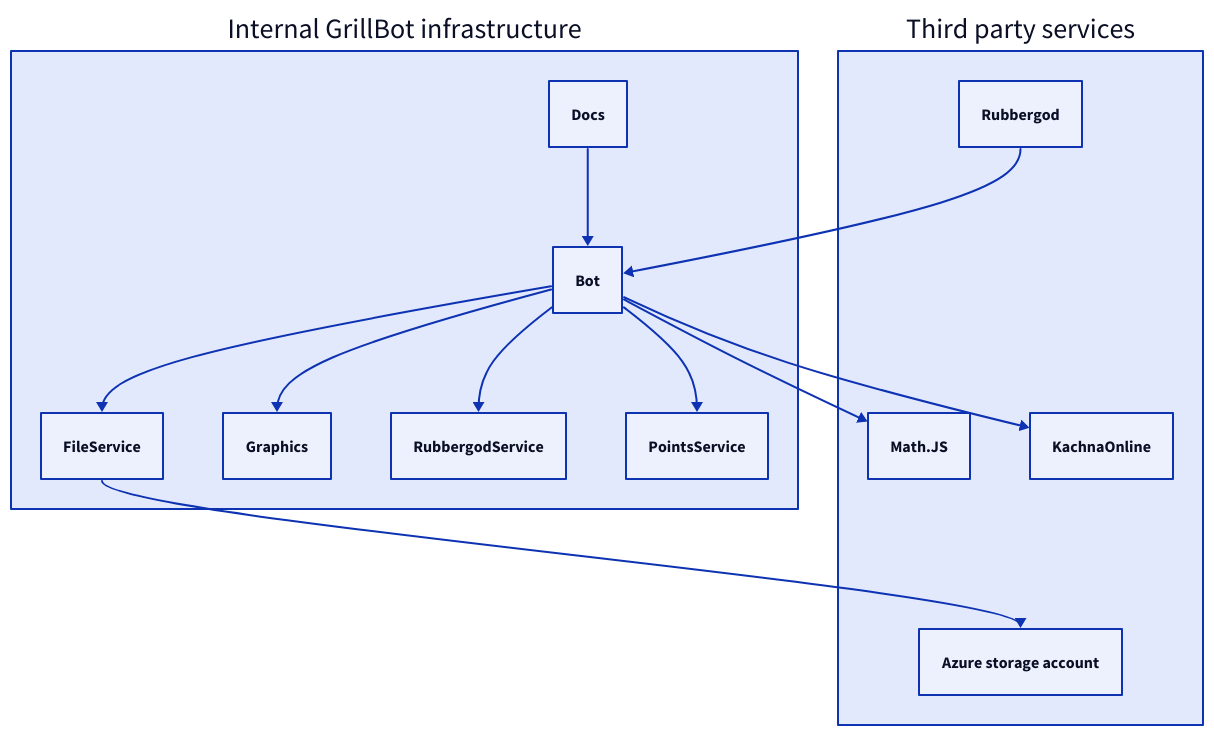
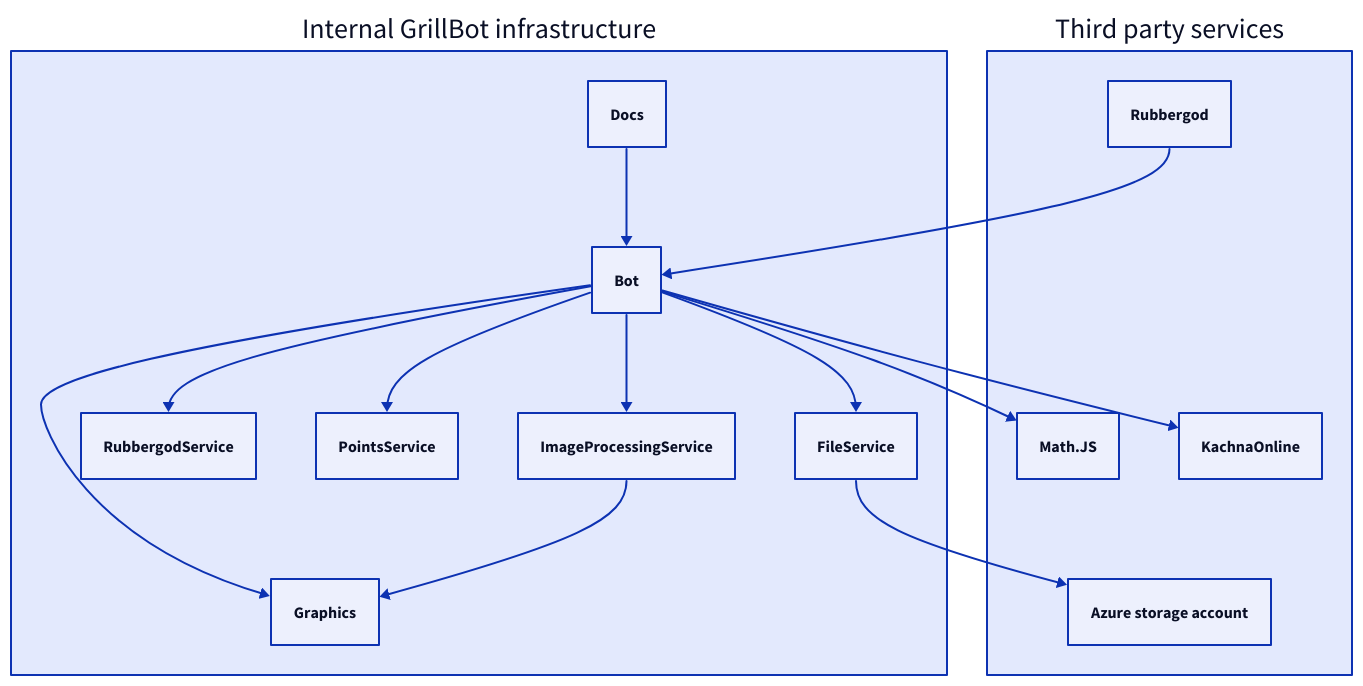
The diagram in data/communication.d2 (GrillBot/grillbot-docs), drawn with D2 before and after one commit. The commit also changed 6 other files, not shown here.

Commit message:
New image processing service and updated points and grillbot documentation

```diff
--- a/data/communication.d2
+++ b/data/communication.d2
@@ -1,11 +1,13 @@
 Internal GrillBot infrastructure.Bot -> Third party services.Math\.JS
 Internal GrillBot infrastructure.Bot -> Third party services.KachnaOnline
 
 Third party services.Rubbergod -> Internal GrillBot infrastructure.Bot
 Internal GrillBot infrastructure.FileService -> Third party services.Azure storage account
 
 Internal GrillBot infrastructure.Docs -> Internal GrillBot infrastructure.Bot
 Internal GrillBot infrastructure.Bot -> Internal GrillBot infrastructure.Graphics
 Internal GrillBot infrastructure.Bot -> Internal GrillBot infrastructure.RubbergodService
 Internal GrillBot infrastructure.Bot -> Internal GrillBot infrastructure.PointsService
 Internal GrillBot infrastructure.Bot -> Internal GrillBot infrastructure.FileService
+Internal GrillBot infrastructure.Bot -> Internal GrillBot infrastructure.ImageProcessingService
+Internal GrillBot infrastructure.ImageProcessingService -> Internal GrillBot infrastructure.Graphics
```
